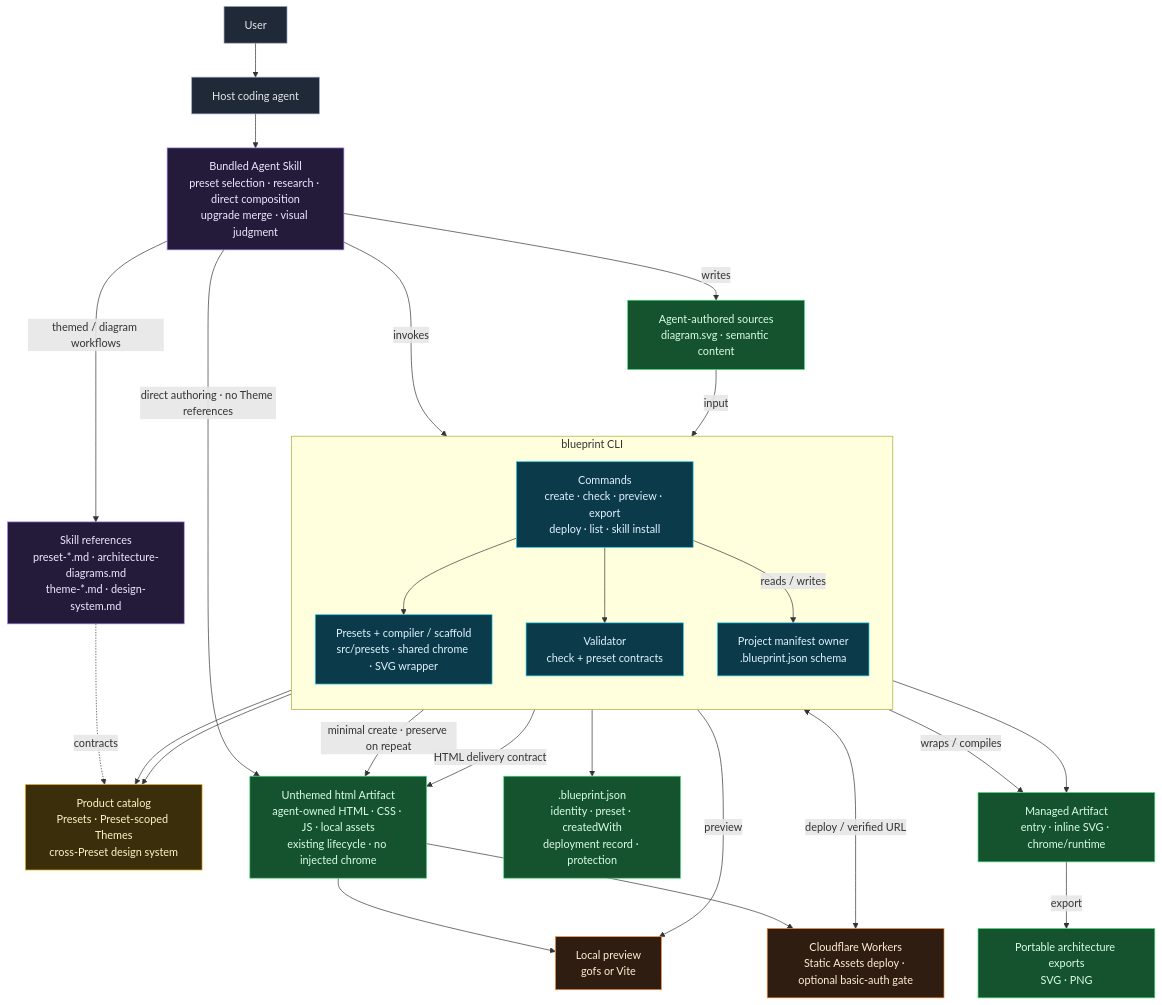
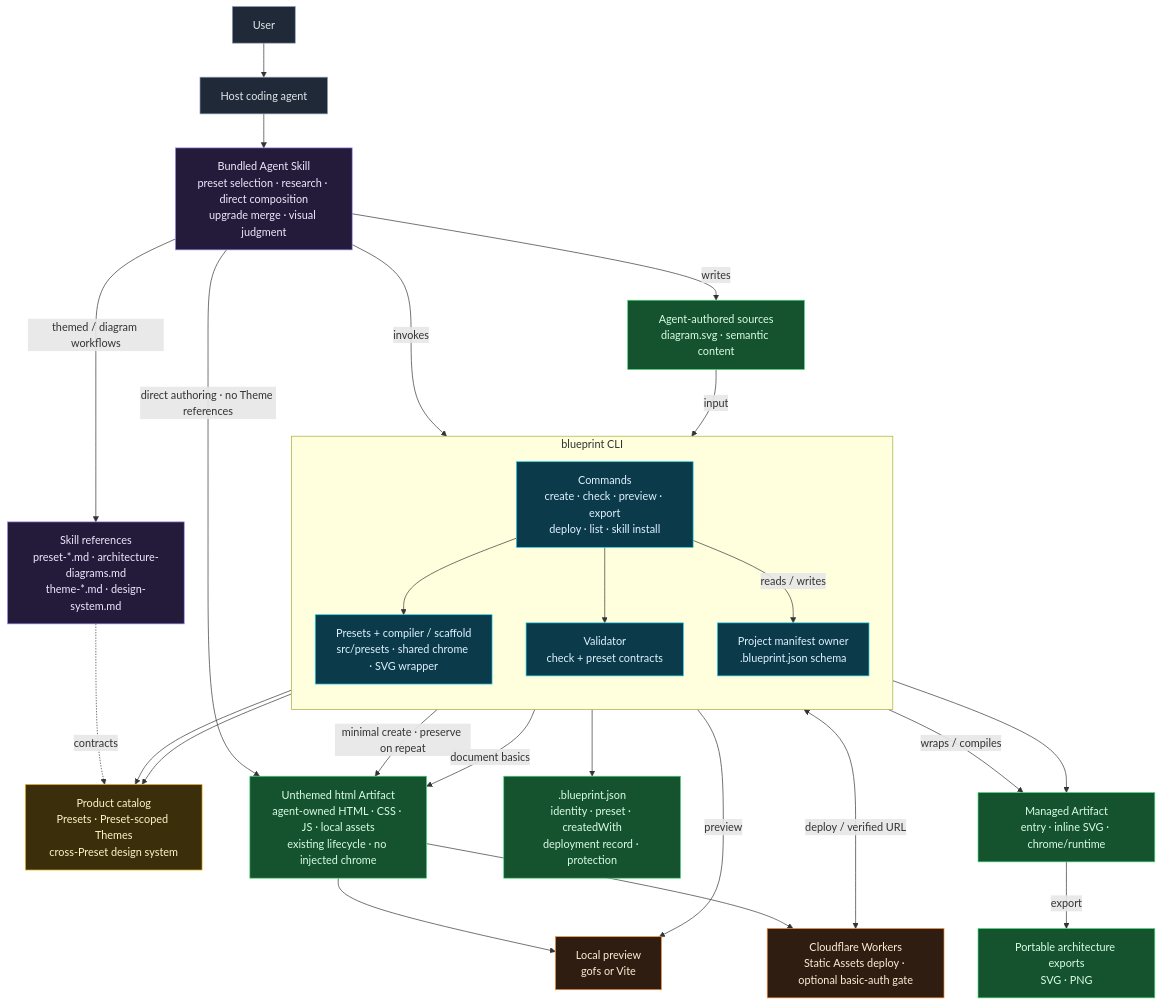
One commit to samzong/blueprint changed the diagram in docs/architecture/live/blueprint.mmd. Above: the diagram before and after it, drawn with Mermaid. The commit also changed 10 other files, not shown here.

```diff
--- a/docs/architecture/live/blueprint.mmd
+++ b/docs/architecture/live/blueprint.mmd
@@ -1,60 +1,60 @@
 %% blueprint — CLI + Agent Skill architecture
 %% Single source of truth for this repository's system boundary.
 %% UPDATE THIS FILE in the same change whenever the architecture changes.
 %% See README.md in this directory.
 flowchart TB
     classDef actor fill:#1f2937,stroke:#94a3b8,stroke-width:1px,color:#e5e7eb
     classDef skill fill:#241b3a,stroke:#a78bfa,stroke-width:1px,color:#ede9fe
     classDef cli fill:#0b3b4a,stroke:#22d3ee,stroke-width:1px,color:#e0f2fe
     classDef catalog fill:#3b2f0b,stroke:#fbbf24,stroke-width:1px,color:#fef3c7
     classDef artifact fill:#14532d,stroke:#4ade80,stroke-width:1px,color:#dcfce7
     classDef external fill:#2f1d12,stroke:#fb923c,stroke-width:1px,color:#ffedd5
 
     User["User"]:::actor
     Agent["Host coding agent"]:::actor
 
     Skill["Bundled Agent Skill<br/>preset selection · research · direct composition<br/>upgrade merge · visual judgment"]:::skill
     Refs["Skill references<br/>preset-*.md · architecture-diagrams.md<br/>theme-*.md · design-system.md"]:::skill
 
     subgraph CLI["blueprint CLI"]
         direction TB
         Commands["Commands<br/>create · check · preview · export<br/>deploy · list · skill install"]:::cli
         Compiler["Presets + compiler / scaffold<br/>src/presets · shared chrome · SVG wrapper"]:::cli
         Validator["Validator<br/>check + preset contracts"]:::cli
         Manifest["Project manifest owner<br/>.blueprint.json schema"]:::cli
         Commands --> Compiler
         Commands --> Validator
         Commands -->|"reads / writes"| Manifest
     end
 
     Catalog["Product catalog<br/>Presets · Preset-scoped Themes<br/>cross-Preset design system"]:::catalog
 
     Sources["Agent-authored sources<br/>diagram.svg · semantic content"]:::artifact
     Artifact["Managed Artifact<br/>entry · inline SVG · chrome/runtime"]:::artifact
     ProjectMeta[".blueprint.json<br/>identity · preset · createdWith<br/>deployment record · protection"]:::artifact
     Html["Unthemed html Artifact<br/>agent-owned HTML · CSS · JS · local assets<br/>existing lifecycle · no injected chrome"]:::artifact
     Portable["Portable architecture exports<br/>SVG · PNG"]:::artifact
 
     Preview["Local preview<br/>gofs or Vite"]:::external
     Wrangler["Cloudflare Workers<br/>Static Assets deploy · optional basic-auth gate"]:::external
 
     User --> Agent
     Agent --> Skill
     Skill -->|"themed / diagram workflows"| Refs
     Skill -->|"invokes"| Commands
     Skill -->|"writes"| Sources
     Skill -->|"direct authoring · no Theme references"| Html
     Commands -->|"minimal create · preserve on repeat"| Html
-    Validator -->|"HTML delivery contract"| Html
+    Validator -->|"document basics"| Html
     Html --> Preview
     Html --> Wrangler
     Refs -.->|"contracts"| Catalog
     Compiler --> Catalog
     Validator --> Catalog
     Sources -->|"input"| Compiler
     Compiler -->|"wraps / compiles"| Artifact
     Artifact -->|"export"| Portable
     Validator --> Artifact
     Manifest --> ProjectMeta
     Commands -->|"preview"| Preview
     Commands <-->|"deploy / verified URL"| Wrangler
```
